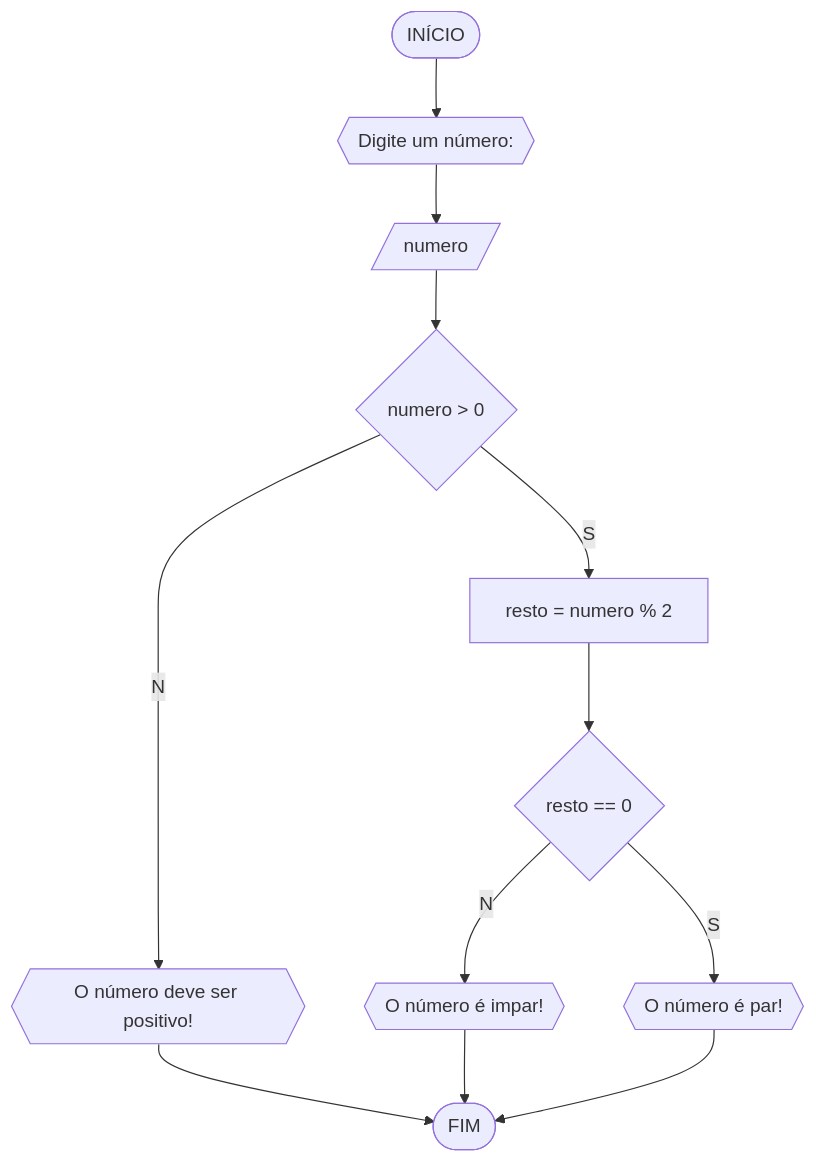
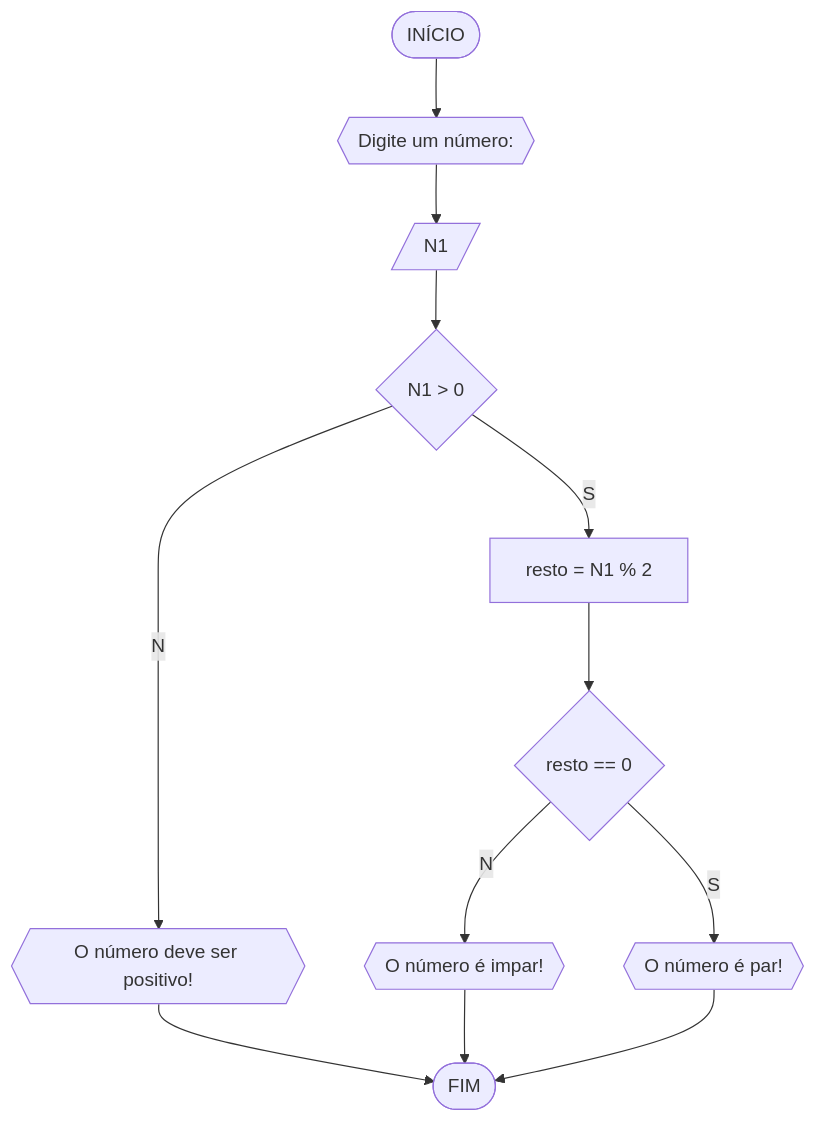
Before and after one commit to BrggLucas/UNIFOR: the third of 4 diagrams in RLA/lista1_exercicios.md, drawn with Mermaid. The commit also changed other lines of this file, not shown here.

````diff
--- a/RLA/lista1_exercicios.md
+++ b/RLA/lista1_exercicios.md
@@ -12,14 +70,14 @@
 ```mermaid
 flowchart TD
 A([INÍCIO])-->B{{Digite um número:}}
-B-->C[/numero/]
-C-->D{numero > 0}
+B-->C[/N1/]
+C-->D{N1 > 0}
 D--N-->E{{O número deve ser positivo!}}
 E-->J
-D--S-->F[resto = numero % 2]
+D--S-->F[resto = N1 % 2]
 F-->G{resto == 0}
 G--N-->H{{O número é impar!}}
 G--S-->I{{O número é par!}}
 H-->J([FIM])
 I-->J
 ```
````
